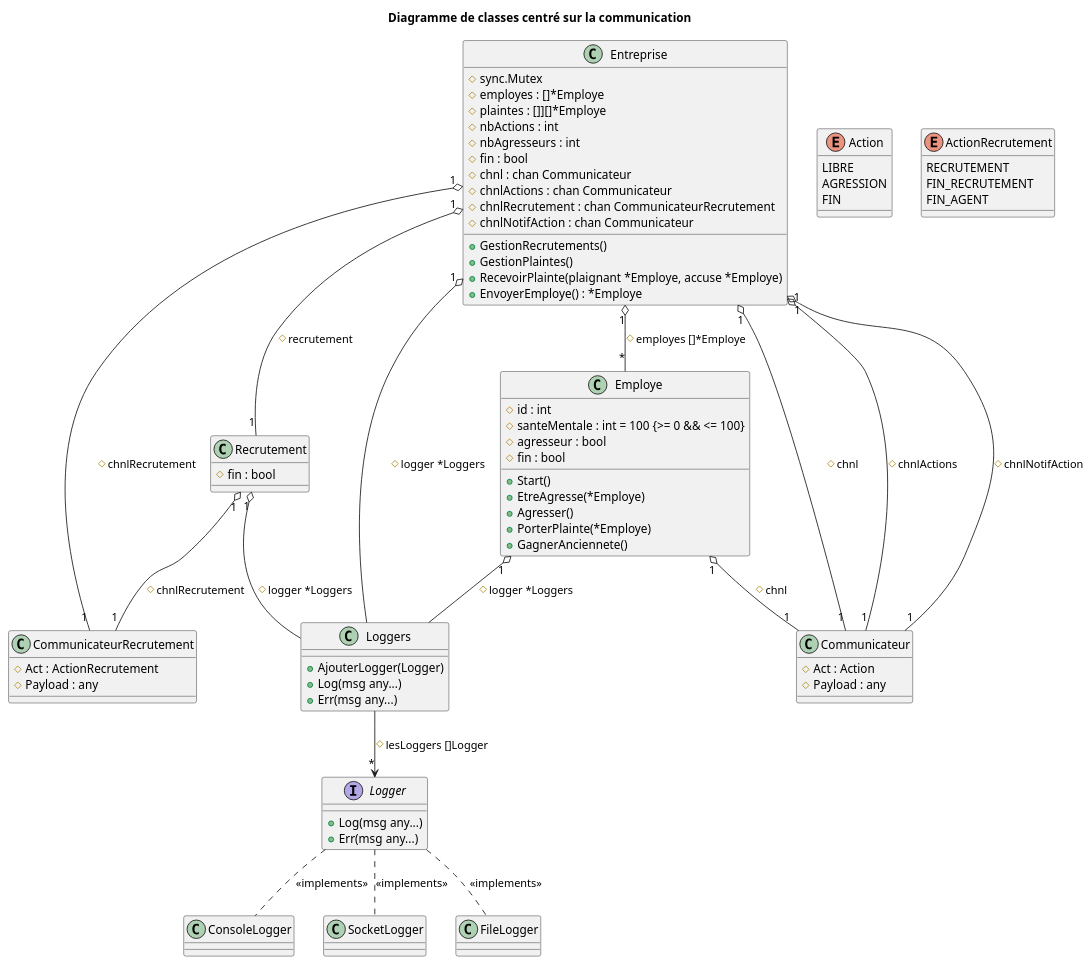
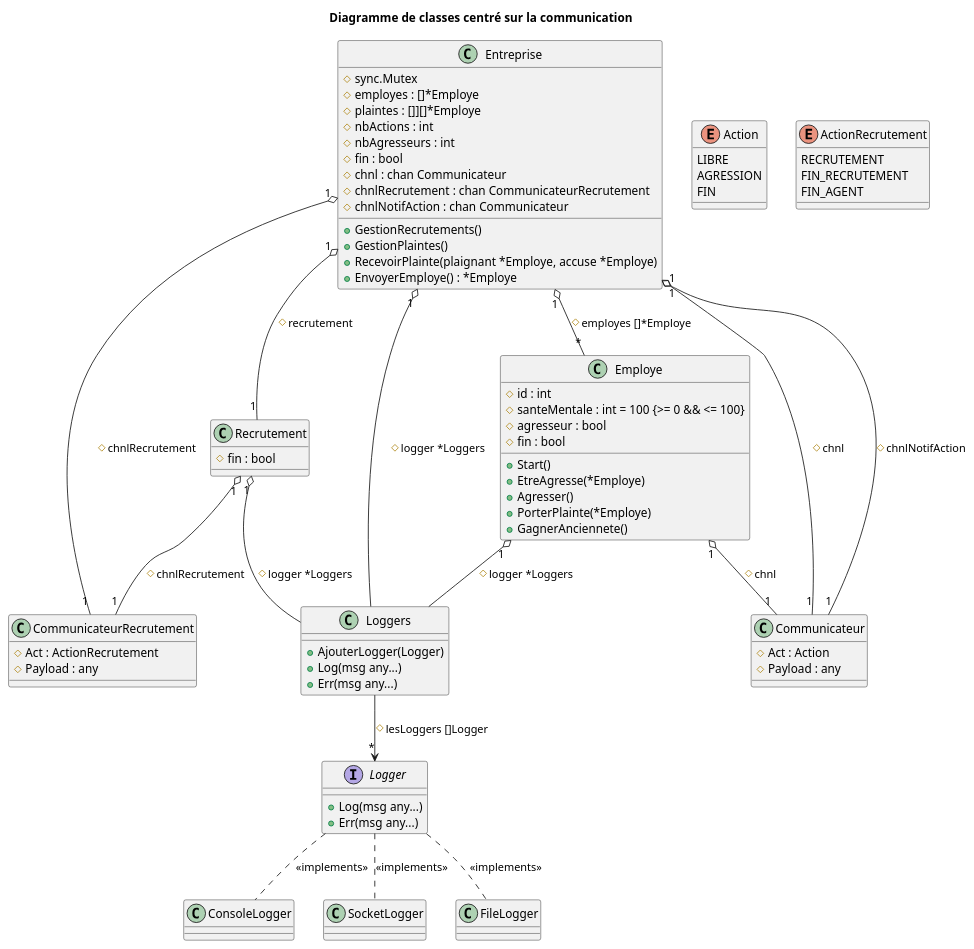
Before and after one commit to MiguelLaura/Recrutement_Inclusif_Paritaire: the diagram in diagrammes/class_Channels.iuml, drawn with PlantUML. The commit also changed 2 other files, not shown here.

```diff
--- a/diagrammes/class_Channels.iuml
+++ b/diagrammes/class_Channels.iuml
@@ -1,106 +1,104 @@
 @startuml Diagramme de classes centré sur la communication
 
 '-----------------
 ' Parametrage
 
 title Diagramme de classes centré sur la communication
 
 '-----------------
 ' Classes
 
 class Entreprise {
     # sync.Mutex
 	# employes : []*Employe
 	# plaintes : []][]*Employe
 	# nbActions : int
 	# nbAgresseurs : int
 	# fin : bool
 	# chnl : chan Communicateur
-	# chnlActions : chan Communicateur
 	# chnlRecrutement : chan CommunicateurRecrutement
 	# chnlNotifAction : chan Communicateur
 
     + GestionRecrutements() 
     + GestionPlaintes()
     + RecevoirPlainte(plaignant *Employe, accuse *Employe)
     + EnvoyerEmploye() : *Employe
 }
 
 class Recrutement {
 	# fin : bool
 }
 
 class Employe {
 	# id : int
 	# santeMentale : int = 100 {>= 0 && <= 100}
 	# agresseur : bool
 	# fin : bool
 
     + Start()
     + EtreAgresse(*Employe)
     + Agresser()
     + PorterPlainte(*Employe)
     + GagnerAnciennete()
 }
 
 class Communicateur {
 	# Act : Action
     # Payload : any
 }
 
 class CommunicateurRecrutement {
 	# Act : ActionRecrutement
     # Payload : any
 }
 
 interface Logger {
     + Log(msg any...)
     + Err(msg any...)
 }
 
 class Loggers {
     + AjouterLogger(Logger)
     + Log(msg any...)
     + Err(msg any...)
 }
 
 
 '-----------------
 ' Enumerations
 
 enum Action {
 	LIBRE
 	AGRESSION
 	FIN
 }
 
 enum ActionRecrutement {
 	RECRUTEMENT
 	FIN_RECRUTEMENT
 	FIN_AGENT
 }
 
 '-----------------
 ' Relations
 
 Entreprise "1" o-- "*" Employe : # employes []*Employe
 Entreprise "1" o-- "1" Recrutement : # recrutement
 
 Entreprise "1" o-- Loggers : # logger *Loggers
 Employe "1" o-- Loggers : # logger *Loggers
 Recrutement "1" o-- Loggers : # logger *Loggers
 
 Entreprise "1" o-- "1" Communicateur : # chnl
-Entreprise "1" o-- "1" Communicateur : # chnlActions
 Entreprise "1" o-- "1" CommunicateurRecrutement : # chnlRecrutement
 Entreprise "1" o-- "1" Communicateur : # chnlNotifAction
 
 Recrutement "1" o-- "1" CommunicateurRecrutement : # chnlRecrutement
 Employe "1" o-- "1" Communicateur : # chnl
 
 Loggers --> "*" Logger : # lesLoggers []Logger
 
 Logger .. ConsoleLogger : <<implements>>
 Logger .. SocketLogger : <<implements>>
 Logger .. FileLogger : <<implements>>
 @enduml
```
